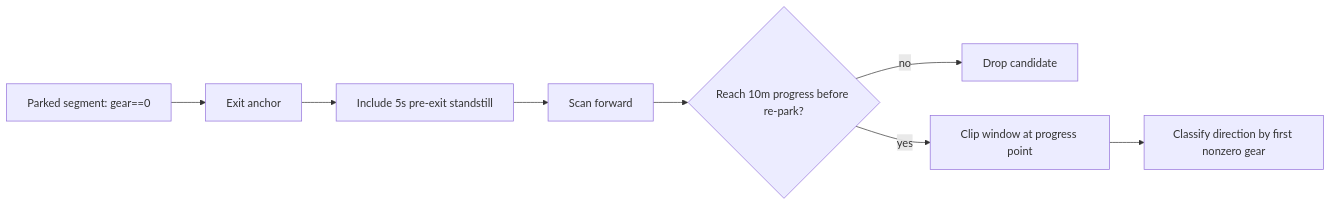
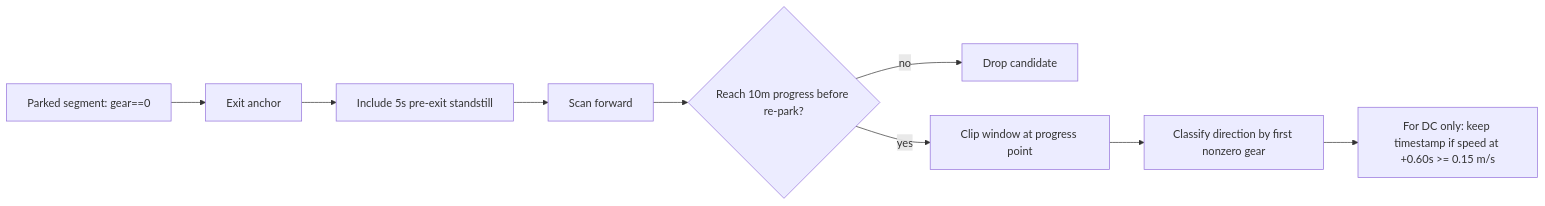
One commit to yoelshapiro/vault changed the third of 3 diagrams in newsletters/newsletter_generic-parking-pudo-materialisation.md. Above: the diagram before and after it, drawn with Mermaid. The commit also changed other lines of this file and 1 other file, not shown here.

````diff
--- a/newsletters/newsletter_generic-parking-pudo-materialisation.md
+++ b/newsletters/newsletter_generic-parking-pudo-materialisation.md
@@ -143,10 +200,11 @@
 ```mermaid
 flowchart LR
     A[Parked segment: gear==0] --> B[Exit anchor]
     B --> C[Include 5s pre-exit standstill]
     C --> D[Scan forward]
     D --> E{Reach 10m progress before re-park?}
     E -->|no| F[Drop candidate]
     E -->|yes| G[Clip window at progress point]
     G --> H[Classify direction by first nonzero gear]
+    H --> I[For DC only: keep timestamp if speed at +0.60s >= 0.15 m/s]
 ```
````
